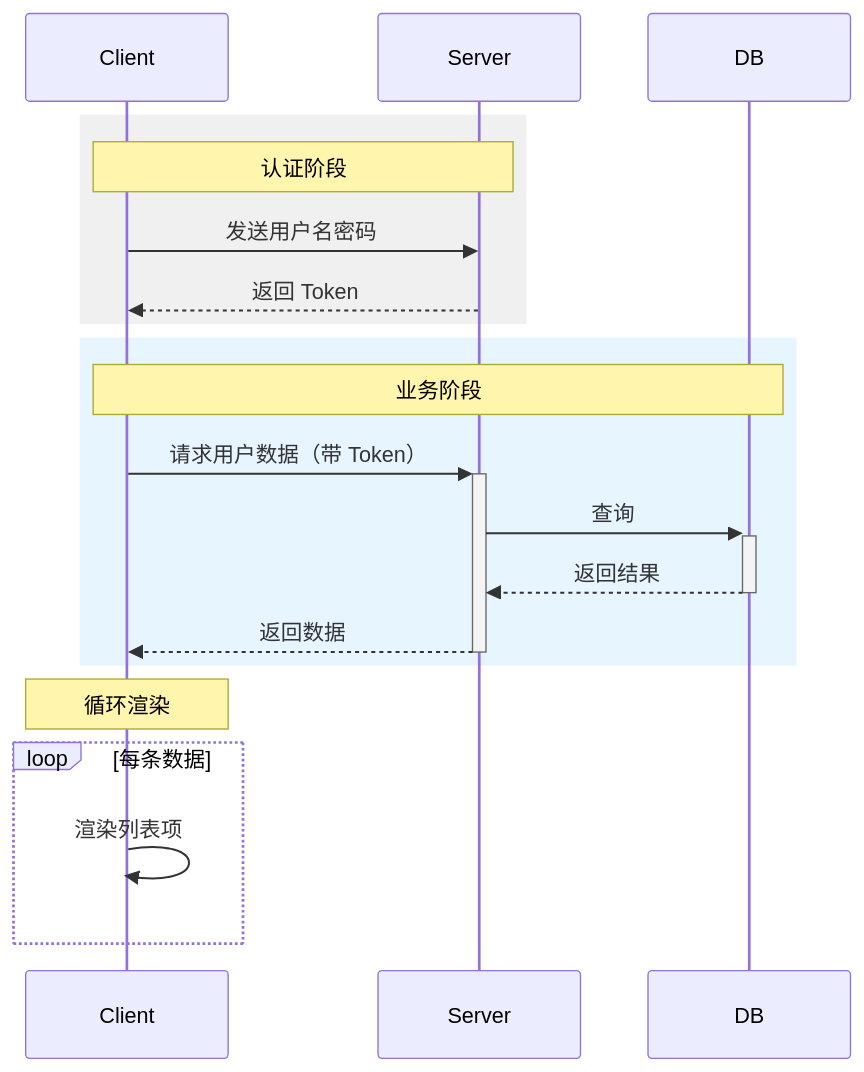
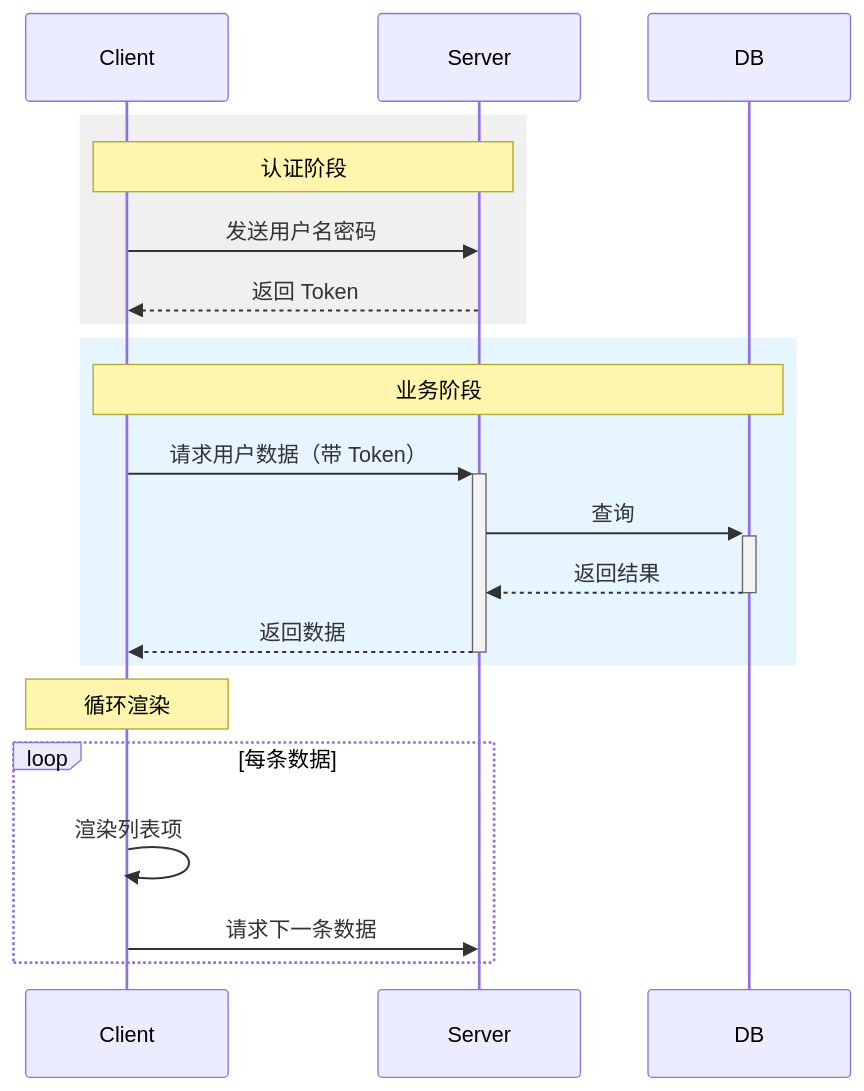
The fourth of 4 diagrams in markdown_test1.md (camtriter/my-docs), drawn with Mermaid before and after one commit.

Commit message:
md文件更新2

````diff
--- a/markdown_test1.md
+++ b/markdown_test1.md
@@ -156,25 +156,26 @@
 ```mermaid
 sequenceDiagram
     participant Client
     participant Server
     participant DB
 
     rect rgb(240, 240, 240)
     Note over Client,Server: 认证阶段
     Client->>Server: 发送用户名密码
     Server-->>Client: 返回 Token
     end
 
     rect rgb(230, 245, 255)
     Note over Client,DB: 业务阶段
     Client->>+Server: 请求用户数据（带 Token）
     Server->>+DB: 查询
     DB-->>-Server: 返回结果
     Server-->>-Client: 返回数据
     end
 
     Note over Client: 循环渲染
     loop 每条数据
         Client->>Client: 渲染列表项
+        Client->>Server: 请求下一条数据
     end
 ```
````
